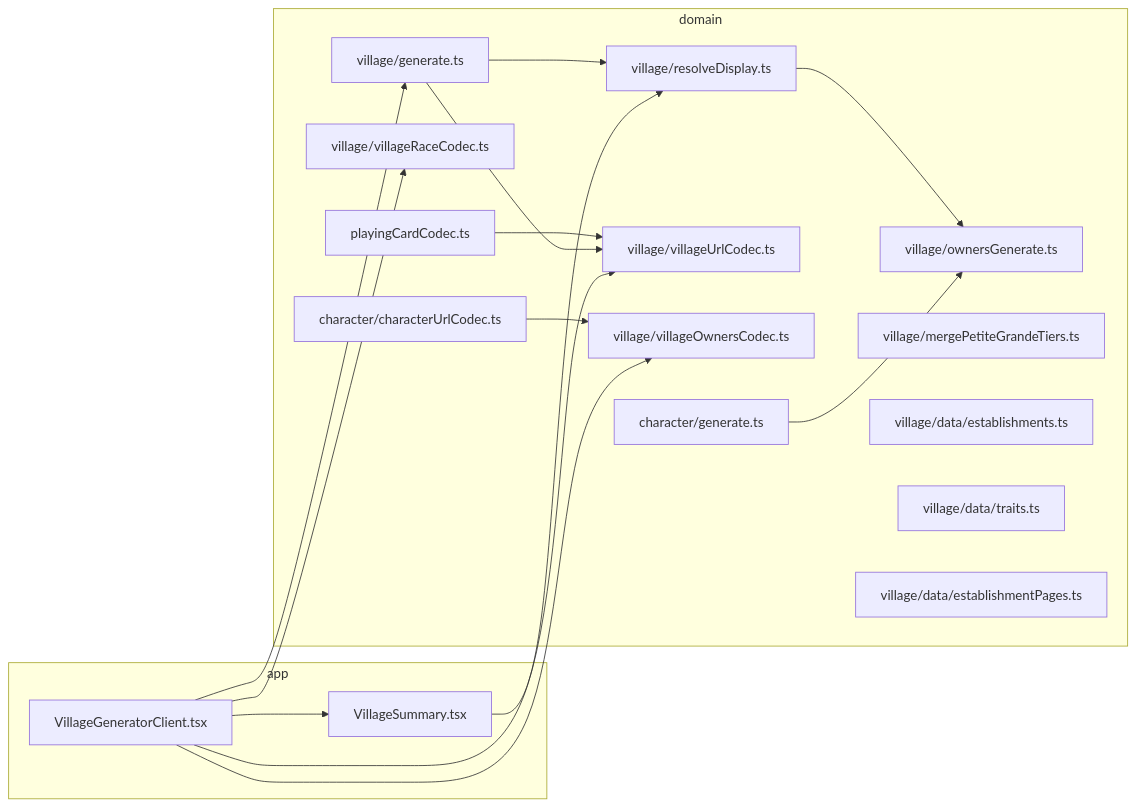
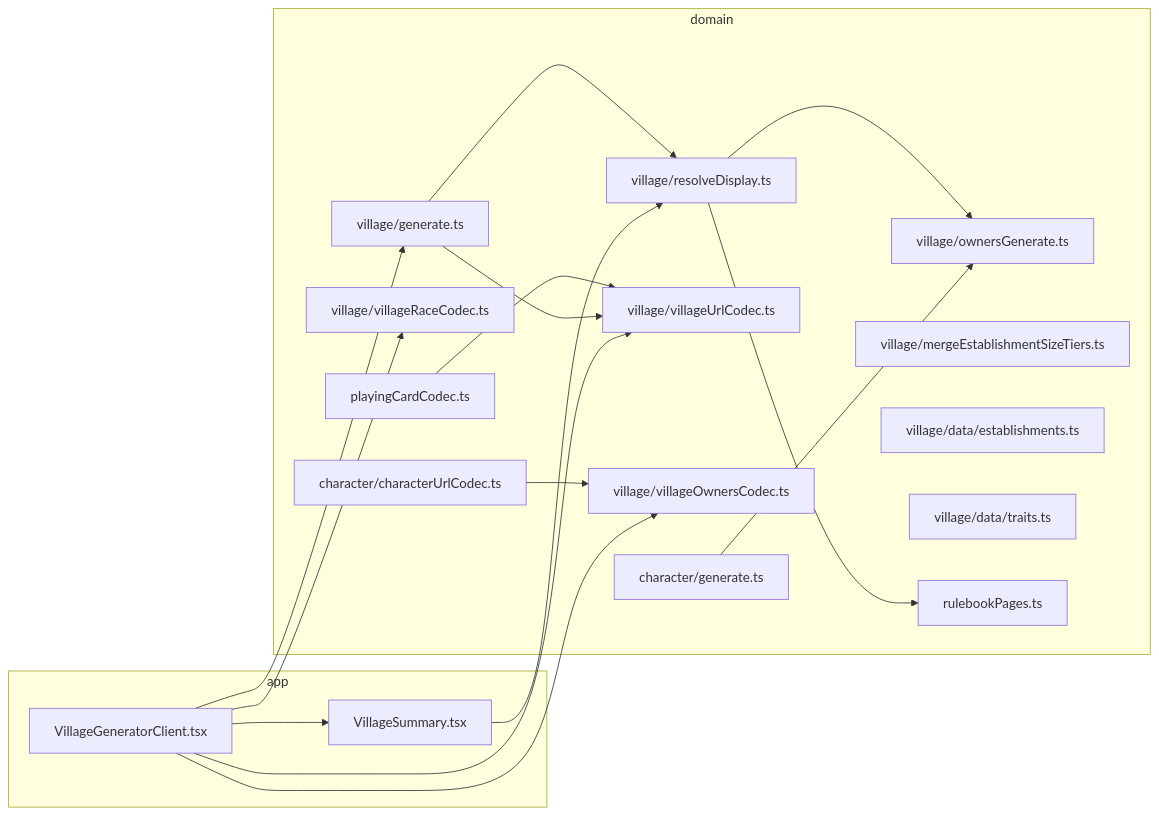
Before and after one commit to KittyGiraudel/ProMe: the diagram in docs/village-builder.md, drawn with Mermaid. The commit also changed other lines of this file and 41 other files, not shown here.

````diff
--- a/docs/village-builder.md
+++ b/docs/village-builder.md
@@ -102,34 +102,35 @@
 ```mermaid
 flowchart LR
   subgraph domain
     vgen["village/generate.ts"]
     res["village/resolveDisplay.ts"]
     vurl["village/villageUrlCodec.ts"]
     vown["village/villageOwnersCodec.ts"]
     vrace["village/villageRaceCodec.ts"]
     ownGen["village/ownersGenerate.ts"]
-    merge["village/mergePetiteGrandeTiers.ts"]
+    merge["village/mergeEstablishmentSizeTiers.ts"]
     est["village/data/establishments.ts"]
     tr["village/data/traits.ts"]
-    pages["village/data/establishmentPages.ts"]
+    rb["rulebookPages.ts"]
     pc["playingCardCodec.ts"]
     cgen["character/generate.ts"]
     ccodec["character/characterUrlCodec.ts"]
   end
   subgraph app
     client["VillageGeneratorClient.tsx"]
     summary["VillageSummary.tsx"]
   end
   pc --> vurl
   vgen --> vurl
   res --> ownGen
+  res --> rb
   vgen --> res
   cgen --> ownGen
   ccodec --> vown
   client --> vgen
   client --> vurl
   client --> vown
   client --> vrace
   client --> summary
   summary --> res
 ```
````
